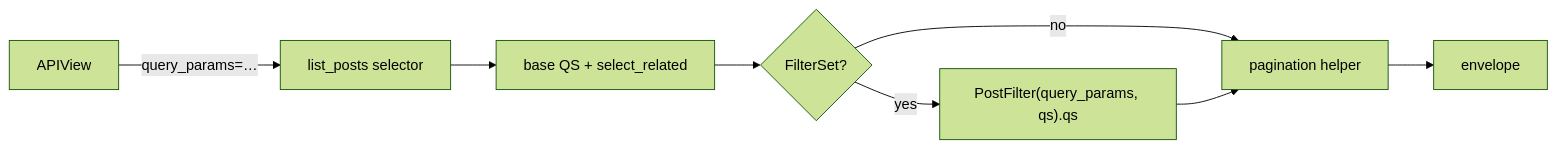
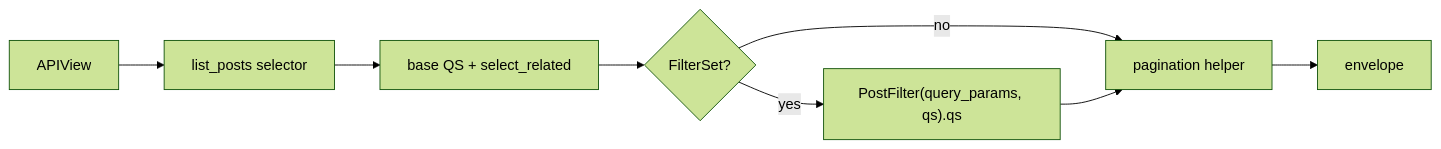
The second of 2 diagrams in {{cookiecutter.project_name}}/docs/style-guide/http/pagination-and-filtering.md (alidanial7/django-style-guide), drawn with Mermaid (forest theme) before and after one commit. The commit also changed other lines of this file and 29 other files, not shown here.

````diff
--- a/{{cookiecutter.project_name}}/docs/style-guide/http/pagination-and-filtering.md
+++ b/{{cookiecutter.project_name}}/docs/style-guide/http/pagination-and-filtering.md
@@ -157,10 +157,10 @@
 ```mermaid
 flowchart LR
-    API[APIView] -->|"query_params=…"| SEL[list_posts selector]
+    API[APIView] --> SEL[list_posts selector]
     SEL --> BASE[base QS + select_related]
     BASE --> OPT{FilterSet?}
     OPT -->|no| PAG[pagination helper]
     OPT -->|yes| FS["PostFilter(query_params, qs).qs"]
     FS --> PAG
     PAG --> ENV[envelope]
 ```
````
